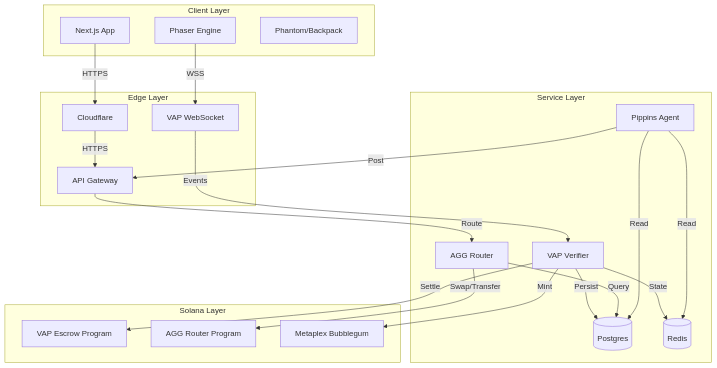
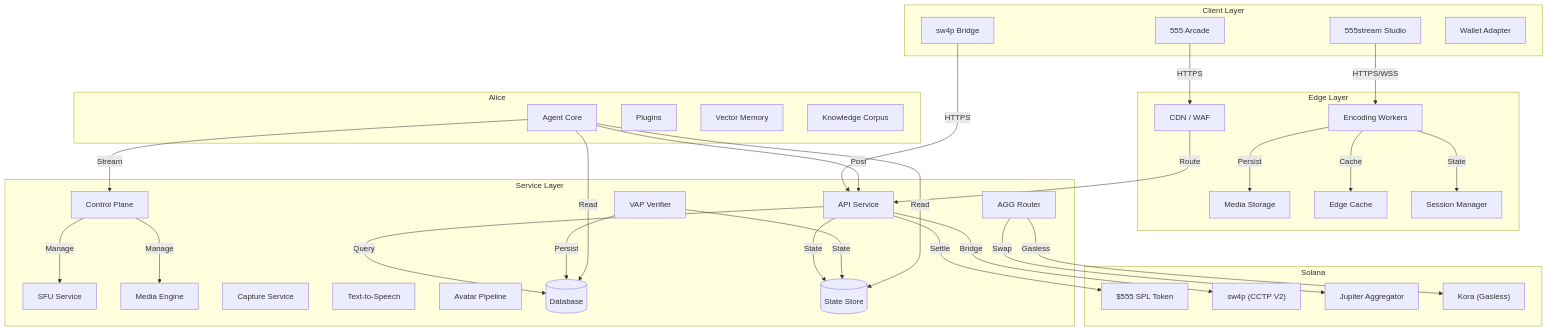
One commit to Render-Network-OS/docs changed the diagram in docs/architecture/system-map.mdx. Above: the diagram before and after it, drawn with Mermaid. The commit also changed other lines of this file and 77 other files, not shown here.

````diff
--- a/docs/architecture/system-map.mdx
+++ b/docs/architecture/system-map.mdx
@@ -12,48 +15,76 @@
 ```mermaid
 graph TD
-    subgraph Client [Client Layer]
-        Browser[Next.js App]
-        Game[Phaser Engine]
-        Wallet[Phantom/Backpack]
+    subgraph Client ["Client Layer"]
+        Arcade["555 Arcade"]
+        Stream["555stream Studio"]
+        SW4P_UI["sw4p Bridge"]
+        Wallet["Wallet Adapter"]
     end
 
-    subgraph Edge [Edge Layer]
-        VAP_WSS[VAP WebSocket]
-        API_GW[API Gateway]
-        CDN[Cloudflare]
+    subgraph Edge ["Edge Layer"]
+        Encoding["Encoding Workers"]
+        Storage["Media Storage"]
+        Cache["Edge Cache"]
+        Sessions["Session Manager"]
+        CDN["CDN / WAF"]
     end
 
-    subgraph Backend [Service Layer]
-        VAP_Svc[VAP Verifier]
-        AGG_Svc[AGG Router]
-        Alice[Pippins Agent]
-        DB[(Postgres)]
-        Redis[(Redis)]
+    subgraph Backend ["Service Layer"]
+        API["API Service"]
+        VAP_Svc["VAP Verifier"]
+        AGG_Svc["AGG Router"]
+        CtrlPlane["Control Plane"]
+        SFU["SFU Service"]
+        MediaEngine["Media Engine"]
+        Capture["Capture Service"]
+        TTS["Text-to-Speech"]
+        Avatar["Avatar Pipeline"]
+        DB[("Database")]
+        StateStore[("State Store")]
     end
 
-    subgraph Blockchain [Solana Layer]
-        Prog_Escrow[VAP Escrow Program]
-        Prog_Router[AGG Router Program]
-        Prog_Bubblegum[Metaplex Bubblegum]
+    subgraph Agent ["Alice"]
+        AliceBot["Agent Core"]
+        Plugins["Plugins"]
+        VectorDB["Vector Memory"]
+        Knowledge["Knowledge Corpus"]
     end
 
-    %% Connections
-    Browser -->|HTTPS| CDN
-    CDN -->|HTTPS| API_GW
-    Game -->|WSS| VAP_WSS
-    
-    VAP_WSS -->|Events| VAP_Svc
-    VAP_Svc -->|State| Redis
+    subgraph Blockchain ["Solana"]
+        Token["$555 SPL Token"]
+        SW4P_Bridge["sw4p (CCTP V2)"]
+        Jupiter["Jupiter Aggregator"]
+        Kora["Kora (Gasless)"]
+    end
+
+    %% Client connections
+    Arcade -->|HTTPS| CDN
+    Stream -->|HTTPS/WSS| Encoding
+    SW4P_UI -->|HTTPS| API
+
+    %% Edge connections
+    CDN -->|Route| API
+    Encoding -->|Persist| Storage
+    Encoding -->|Cache| Cache
+    Encoding -->|State| Sessions
+
+    %% Backend connections
+    API -->|Query| DB
+    API -->|State| StateStore
+    VAP_Svc -->|State| StateStore
     VAP_Svc -->|Persist| DB
-    
-    API_GW -->|Route| AGG_Svc
-    AGG_Svc -->|Query| DB
-    
-    Alice -->|Read| DB
-    Alice -->|Read| Redis
-    Alice -->|Post| API_GW
-    
-    VAP_Svc -->|Settle| Prog_Escrow
-    VAP_Svc -->|Mint| Prog_Bubblegum
-    AGG_Svc -->|Swap/Transfer| Prog_Router
+    CtrlPlane -->|Manage| SFU
+    CtrlPlane -->|Manage| MediaEngine
+
+    %% Agent connections
+    AliceBot -->|Read| DB
+    AliceBot -->|Read| StateStore
+    AliceBot -->|Post| API
+    AliceBot -->|Stream| CtrlPlane
+
+    %% Blockchain connections
+    API -->|Settle| Token
+    API -->|Bridge| SW4P_Bridge
+    AGG_Svc -->|Swap| Jupiter
+    AGG_Svc -->|Gasless| Kora
 ```
````
